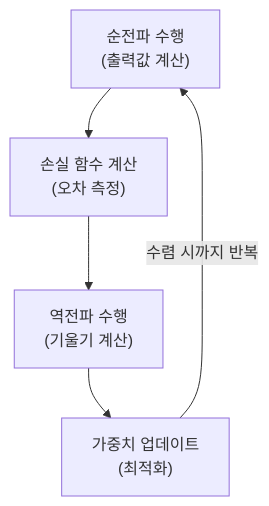
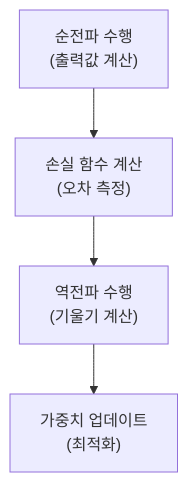
The second of 2 diagrams in docs/infrastructure/models/backpropagation.md (jeonck/ai-eng), drawn with Mermaid before and after one commit. The commit also changed other lines of this file and 15 other files, not shown here.

````diff
--- a/docs/infrastructure/models/backpropagation.md
+++ b/docs/infrastructure/models/backpropagation.md
@@ -31,7 +29,6 @@
 ```mermaid
 graph TD
-    A2["순전파 수행<br/>(출력값 계산)"] --> B2["손실 함수 계산<br/>(오차 측정)"]
-    B2 --> C2["역전파 수행<br/>(기울기 계산)"]
-    C2 --> D2["가중치 업데이트<br/>(최적화)"]
-    D2 -- "수렴 시까지 반복" --> A2
+    A2["순전파 수행\n(출력값 계산)"] --> B2["손실 함수 계산\n(오차 측정)"]
+    B2 --> C2["역전파 수행\n(기울기 계산)"]
+    C2 --> D2["가중치 업데이트\n(최적화)"]
 ```
````
